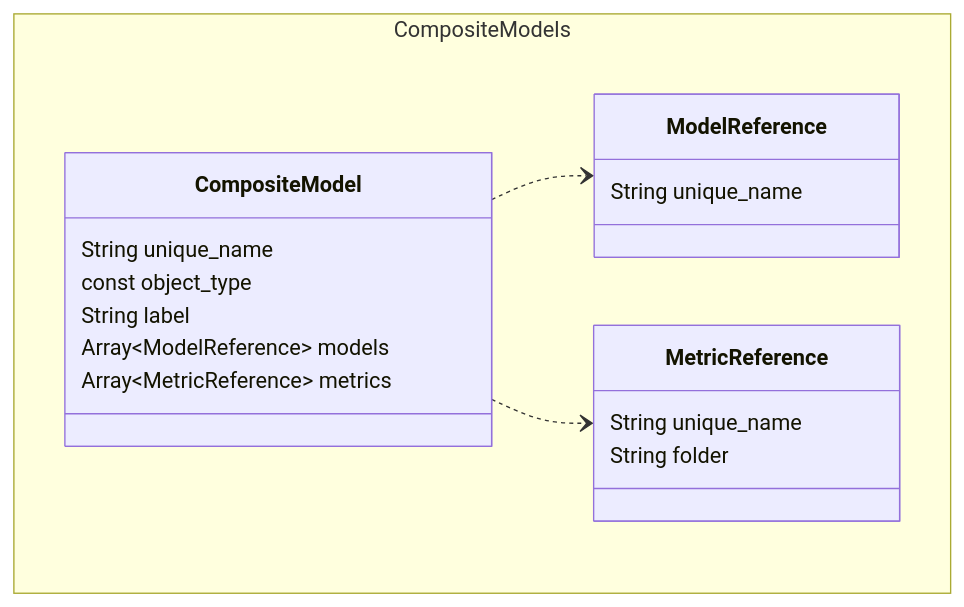
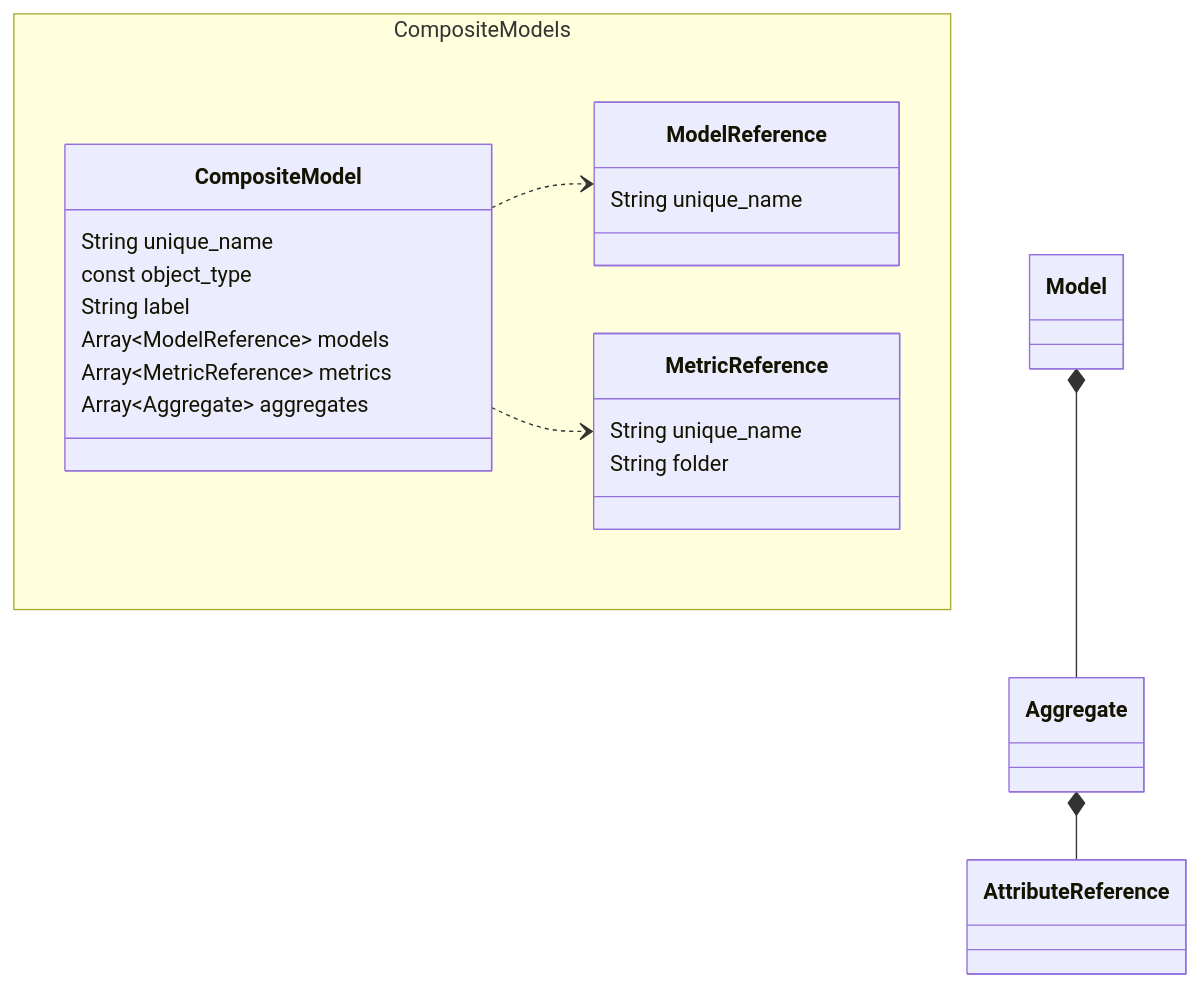
One commit to semanticdatalayer/SML changed the diagram in sml-reference/composite-model.md. Above: the diagram before and after it, drawn with Mermaid. The commit also changed other lines of this file, not shown here.

Commit message:
added udas in composite model

````diff
--- a/sml-reference/composite-model.md
+++ b/sml-reference/composite-model.md
@@ -38,21 +37,24 @@
 ```mermaid
 classDiagram
     CompositeModel ..> ModelReference
     CompositeModel ..> MetricReference
+    Model *-- Aggregate
+    Aggregate *-- AttributeReference
 namespace CompositeModels{
     class CompositeModel{
       String unique_name
       const object_type
       String label
       Array~ModelReference~ models
       Array~MetricReference~ metrics
+      Array~Aggregate~ aggregates
     }
     class ModelReference{
       String unique_name
     }
     class MetricReference{
       String unique_name
       String folder
     }
 }
 ```
````
